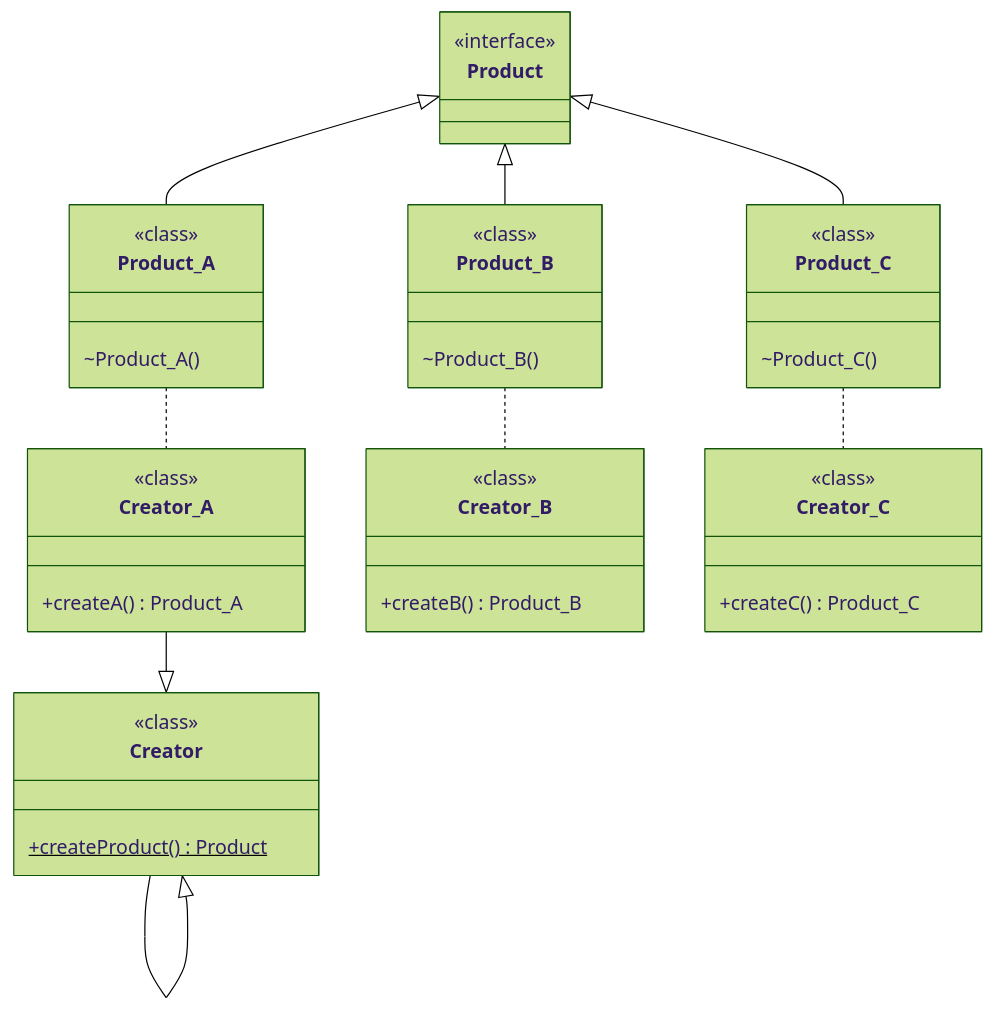
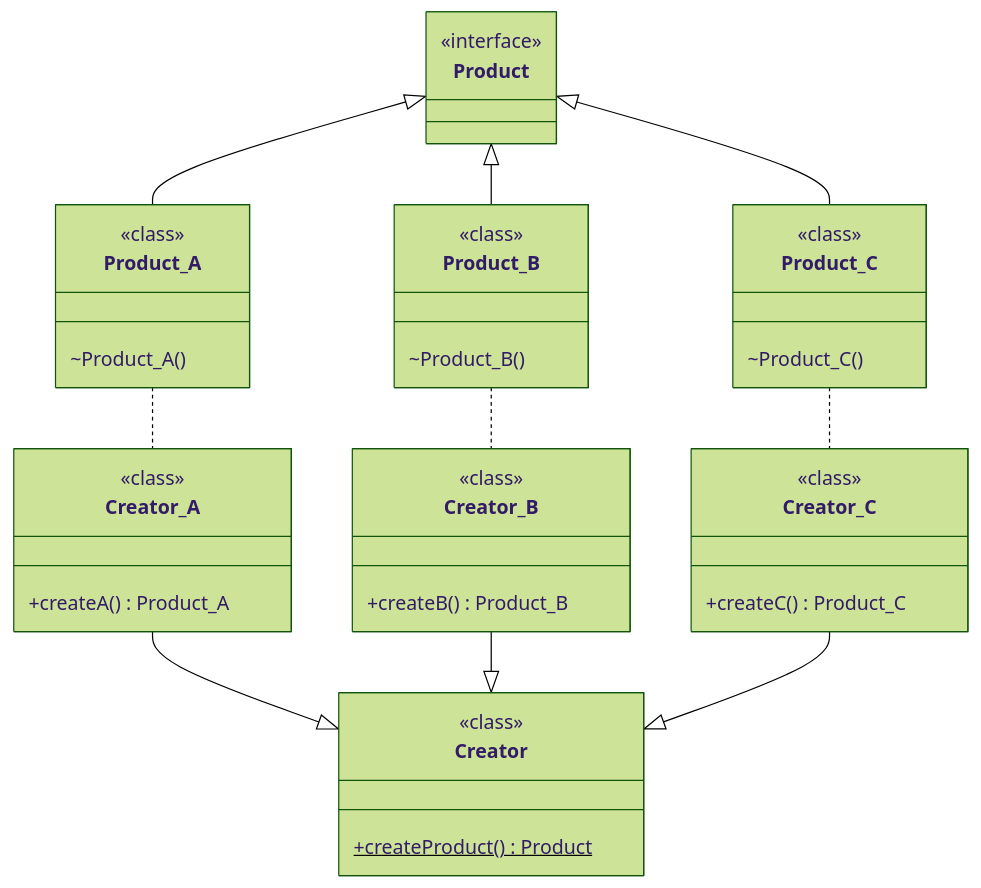
One commit to angelromarco04/MyNotes changed the diagram in Programming/Patterns/data/FactoryMethod.md. Above: the diagram before and after it, drawn with Mermaid (forest theme). The commit also changed other lines of this file, not shown here.

````diff
--- a/Programming/Patterns/data/FactoryMethod.md
+++ b/Programming/Patterns/data/FactoryMethod.md
@@ -29,55 +32,55 @@
 ```mermaid
 classDiagram
 direction TB
 Product <|--  Product_A
 Product <|-- Product_B
 Product <|-- Product_C
 
 Product_A .. Creator_A
 Product_B .. Creator_B
 Product_C .. Creator_C
 
 Creator_A --|> Creator
-Creator --|> Creator
-Creator --|> Creator
+Creator_B --|> Creator
+Creator_C --|> Creator
 
 class Product {
 	<<interface>>
 }
 
 class Product_A {
 	<<class>>
 	~Product_A()
 }
 
 class Product_B {
 	<<class>>
 	~Product_B()
 }
 
 class Product_C {
 	<<class>>
 	~Product_C()
 }
 
 class Creator {
 	<<class>>
 	+createProduct() Product$
 }
 
 class Creator_A {
 	<<class>>
 	+createA() Product_A
 }
 
 class Creator_B {
 	<<class>>
 	+createB() Product_B
 }
 
 class Creator_C {
 	<<class>>
 	+createC() Product_C
 }
 
 ```
````
